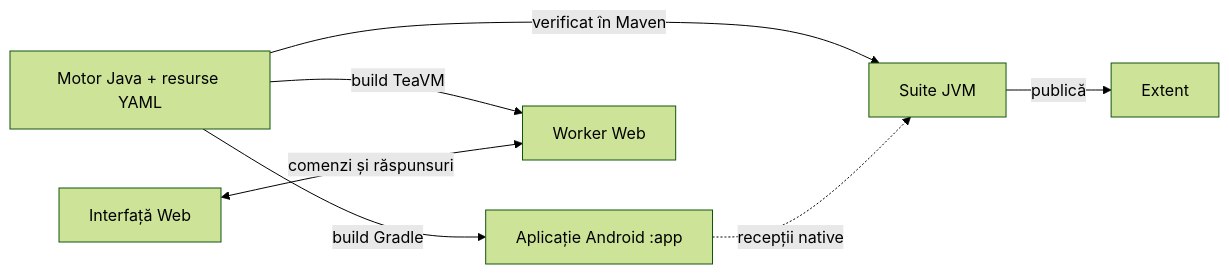
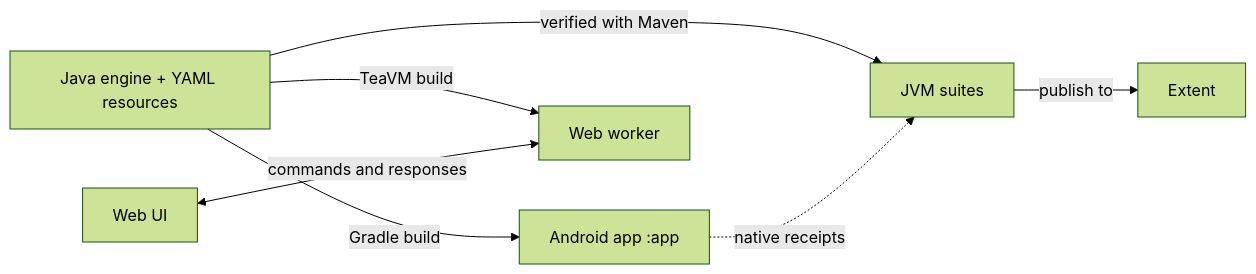
Before and after one commit to crististefanita/atf_j7: the diagram in README.md, drawn with Mermaid (forest theme). The commit also changed other lines of this file and 30 other files, not shown here.

````diff
--- a/README.md
+++ b/README.md
@@ -25,9 +25,9 @@
 ```mermaid
 flowchart LR
-    Core["Motor Java + resurse YAML"] -->|build Gradle| Android["Aplicație Android :app"]
-    Core -->|build TeaVM| Worker["Worker Web"]
-    Browser["Interfață Web"] <-->|comenzi și răspunsuri| Worker
-    Core -->|verificat în Maven| Tests["Suite JVM"]
-    Tests -->|publică| Extent["Extent"]
-    Android -.->|recepții native| Tests
+    Core["Java engine + YAML resources"] -->|Gradle build| Android["Android app :app"]
+    Core -->|TeaVM build| Worker["Web worker"]
+    Browser["Web UI"] <-->|commands and responses| Worker
+    Core -->|verified with Maven| Tests["JVM suites"]
+    Tests -->|publish to| Extent["Extent"]
+    Android -.->|native receipts| Tests
 ```
````
